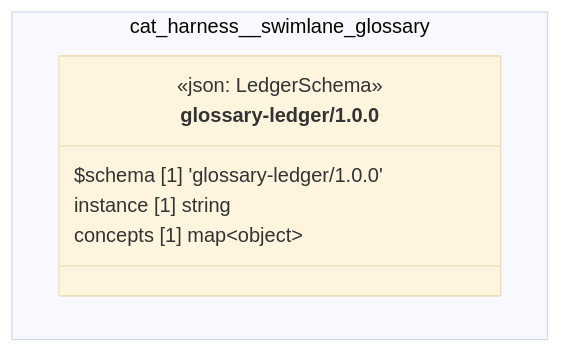
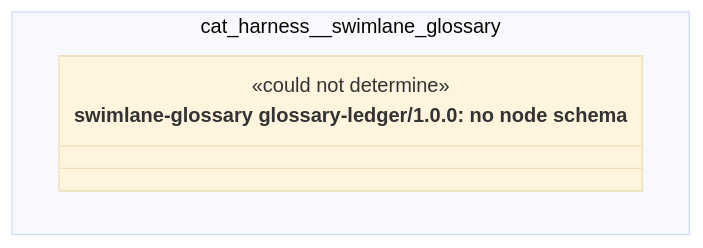
One commit to litlfred/folio-assistant changed the diagram in cat-harness/docs/uml/overview/cat-harness/swimlane-glossary.md. Above: the diagram before and after it, drawn with Mermaid (base theme). The commit also changed other lines of this file and 210 other files, not shown here.

````diff
--- a/cat-harness/docs/uml/overview/cat-harness/swimlane-glossary.md
+++ b/cat-harness/docs/uml/overview/cat-harness/swimlane-glossary.md
@@ -42,13 +42,11 @@
 ```mermaid
 classDiagram
   direction TB
   namespace cat_harness__swimlane_glossary {
-    class cat_harness_swimlane_glossary_glossary_ledger_1_0_0_glossary_ledger_1_0_0["glossary-ledger/1.0.0"] {
-      <<json: LedgerSchema>>
-      $schema [1] 'glossary-ledger/1.0.0'
-      instance [1] string
-      concepts [1] map~object~
+    class n_cat_harness_swimlane_glossary_swimlane_glossary_glossary_ledger_1_0_0["swimlane-glossary glossary-ledger/1.0.0: no node schema"] {
+      <<could not determine>>
     }
   }
-  cssClass "cat_harness_swimlane_glossary_glossary_ledger_1_0_0_glossary_ledger_1_0_0" fa_uml_kind_swimlane_glossary
+  cssClass "n_cat_harness_swimlane_glossary_swimlane_glossary_glossary_ledger_1_0_0" fa_uml_kind_swimlane_glossary_glossary_ledger_1_0_0
+  cssClass "n_cat_harness_swimlane_glossary_swimlane_glossary_glossary_ledger_1_0_0" fa_uml_undetermined
 ```
````
